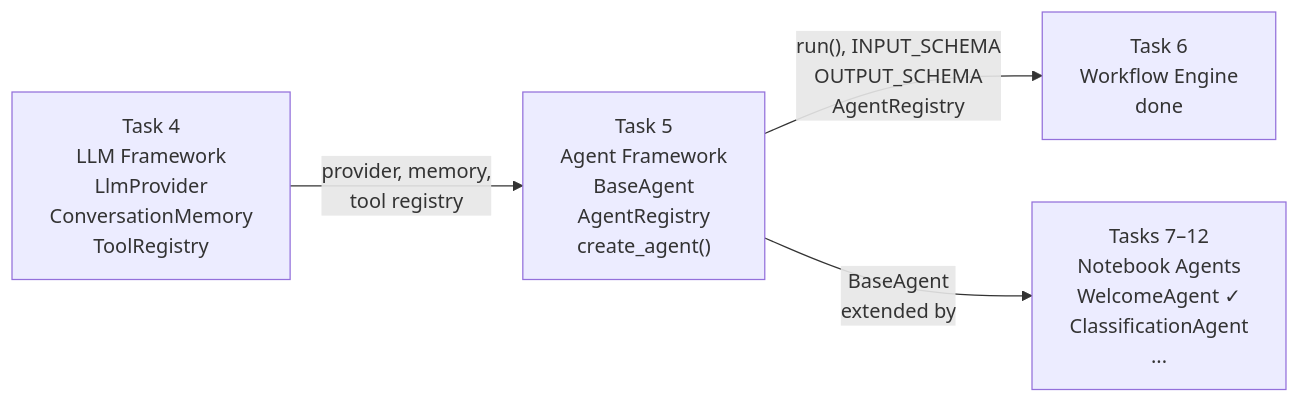
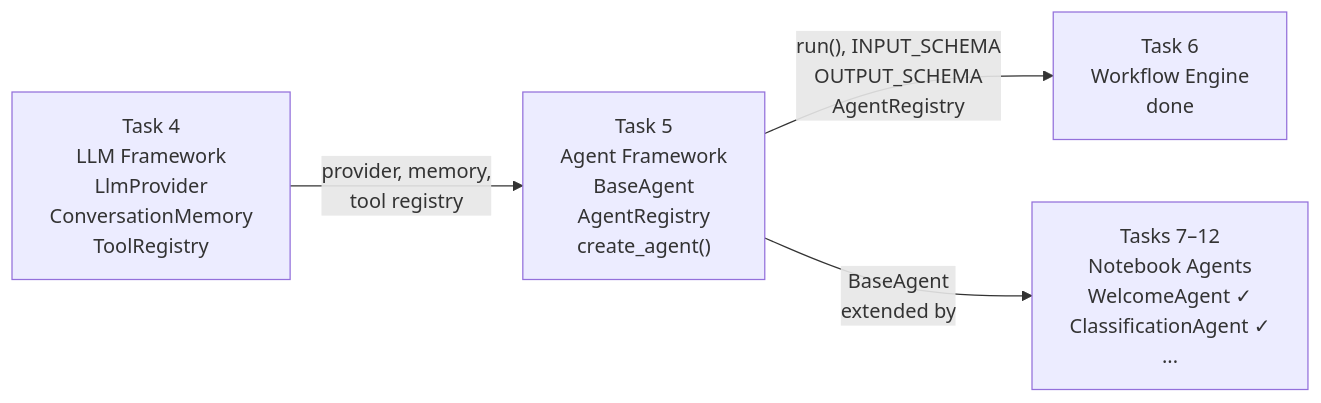
Before and after one commit to Alanbahena/zenet-mvp-jupyter: the first of 3 diagrams in docs/Architecture/architecture-agent-framework.md, drawn with Mermaid. The commit also changed other lines of this file and 6 other files, not shown here.

````diff
--- a/docs/Architecture/architecture-agent-framework.md
+++ b/docs/Architecture/architecture-agent-framework.md
@@ -10,11 +10,11 @@
 ```mermaid
 flowchart LR
     T4["Task 4<br/>LLM Framework<br/>LlmProvider<br/>ConversationMemory<br/>ToolRegistry"]
     T5["Task 5<br/>Agent Framework<br/>BaseAgent<br/>AgentRegistry<br/>create_agent()"]
     T6["Task 6<br/>Workflow Engine<br/>done"]
-    T712["Tasks 7–12<br/>Notebook Agents<br/>WelcomeAgent ✓<br/>ClassificationAgent<br/>..."]
+    T712["Tasks 7–12<br/>Notebook Agents<br/>WelcomeAgent ✓<br/>ClassificationAgent ✓<br/>..."]
 
     T4 -->|"provider, memory,<br/>tool registry"| T5
     T5 -->|"run(), INPUT_SCHEMA<br/>OUTPUT_SCHEMA<br/>AgentRegistry"| T6
     T5 -->|"BaseAgent<br/>extended by"| T712
 ```
````
